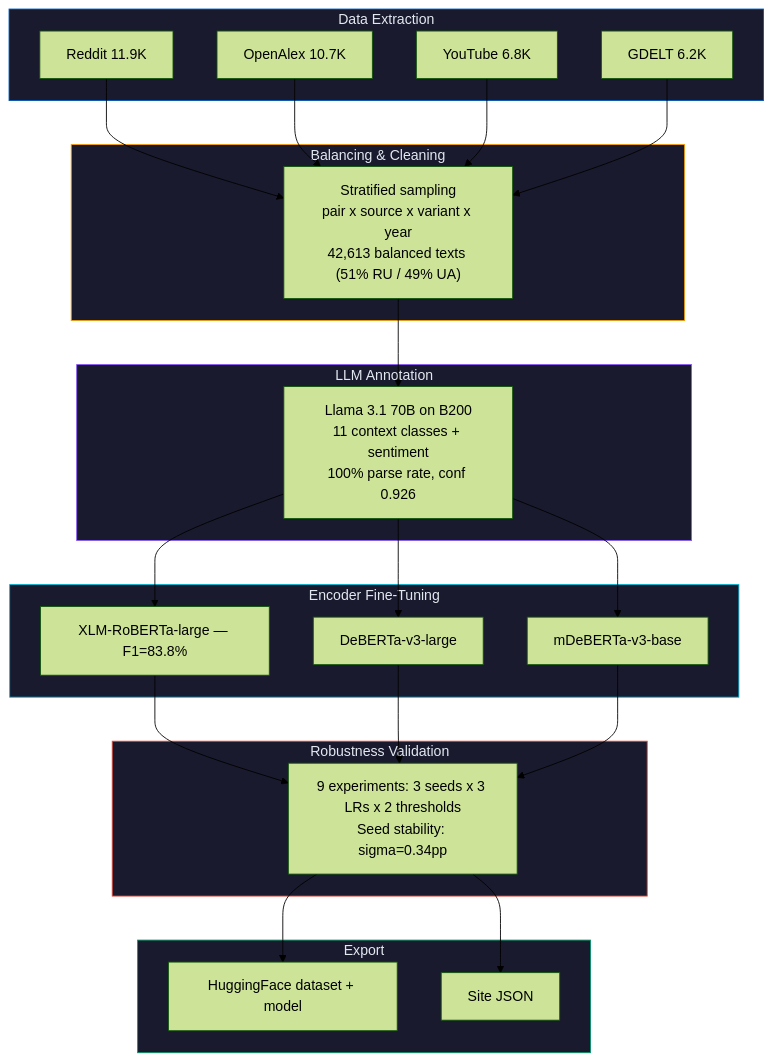
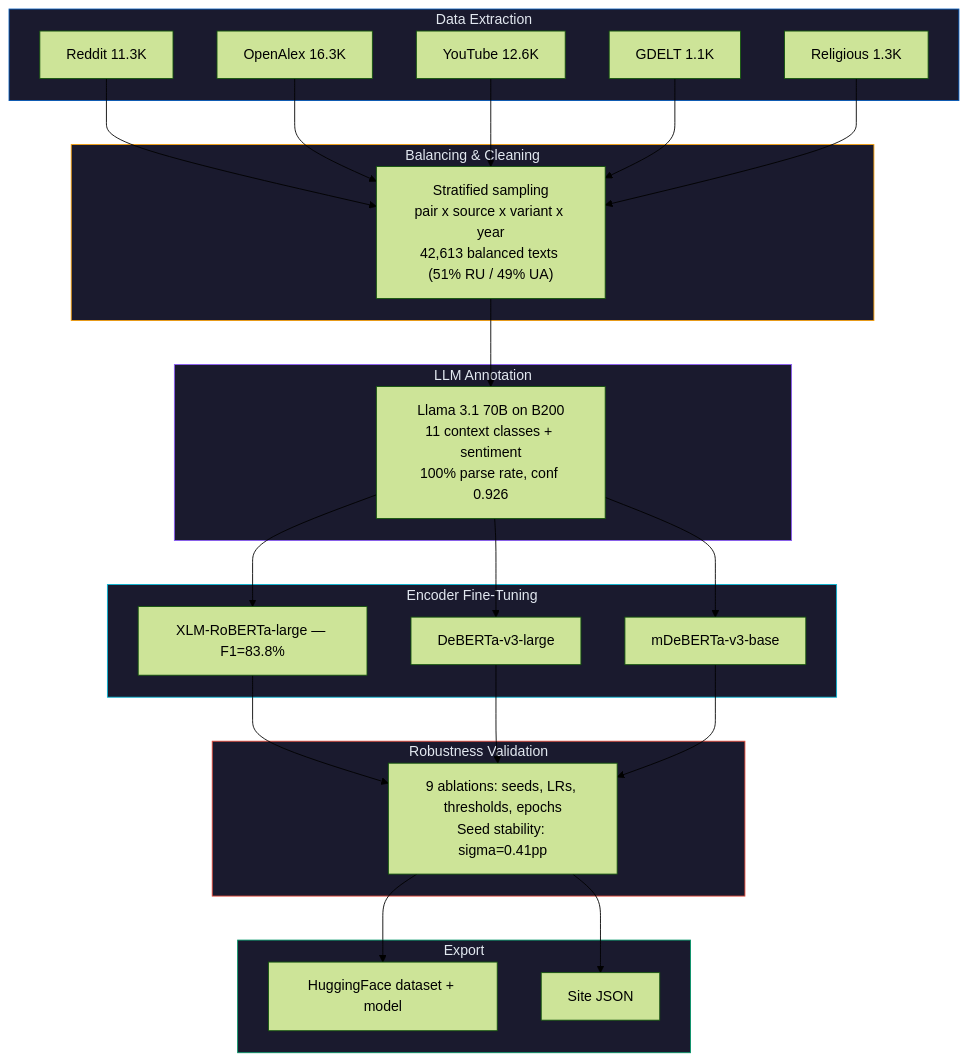
One commit to IvanDobrovolsky/kyivnotkiev changed the diagram in pipeline/cl/README.md. Above: the diagram before and after it, drawn with Mermaid (forest theme). The commit also changed 5 other files, not shown here.

````diff
--- a/pipeline/cl/README.md
+++ b/pipeline/cl/README.md
@@ -22,40 +22,41 @@
 ```mermaid
 flowchart TD
     subgraph Extract["Data Extraction"]
         style Extract fill:#1a1a2e,stroke:#0057B8,color:#e2e8f0
-        R["Reddit 11.9K"]
-        OA["OpenAlex 10.7K"]
-        YT["YouTube 6.8K"]
-        G["GDELT 6.2K"]
+        R["Reddit 11.3K"]
+        OA["OpenAlex 16.3K"]
+        YT["YouTube 12.6K"]
+        G["GDELT 1.1K"]
+        Rel["Religious 1.3K"]
     end
 
     subgraph Balance["Balancing & Cleaning"]
         style Balance fill:#1a1a2e,stroke:#f59e0b,color:#e2e8f0
         B["Stratified sampling<br/>pair x source x variant x year<br/>42,613 balanced texts (51% RU / 49% UA)"]
     end
 
     subgraph Annotate["LLM Annotation"]
         style Annotate fill:#1a1a2e,stroke:#8b5cf6,color:#e2e8f0
         L["Llama 3.1 70B on B200<br/>11 context classes + sentiment<br/>100% parse rate, conf 0.926"]
     end
 
     subgraph Finetune["Encoder Fine-Tuning"]
         style Finetune fill:#1a1a2e,stroke:#06b6d4,color:#e2e8f0
         X["XLM-RoBERTa-large — F1=83.8%"]
         D["DeBERTa-v3-large"]
         M["mDeBERTa-v3-base"]
     end
 
     subgraph Robust["Robustness Validation"]
         style Robust fill:#1a1a2e,stroke:#E74C3C,color:#e2e8f0
-        RV["9 experiments: 3 seeds x 3 LRs x 2 thresholds<br/>Seed stability: sigma=0.34pp"]
+        RV["9 ablations: seeds, LRs, thresholds, epochs<br/>Seed stability: sigma=0.41pp"]
     end
 
     subgraph Export["Export"]
         style Export fill:#1a1a2e,stroke:#059669,color:#e2e8f0
         HF["HuggingFace dataset + model"]
         SJ["Site JSON"]
     end
 
-    R & OA & YT & G --> B --> L --> X & D & M --> RV --> HF & SJ
+    R & OA & YT & G & Rel --> B --> L --> X & D & M --> RV --> HF & SJ
 ```
````
